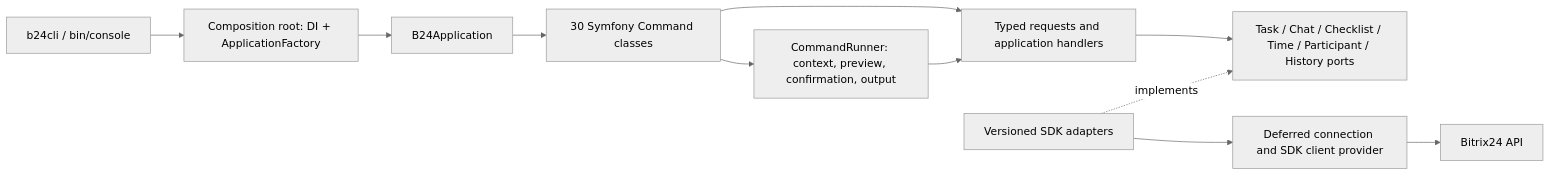
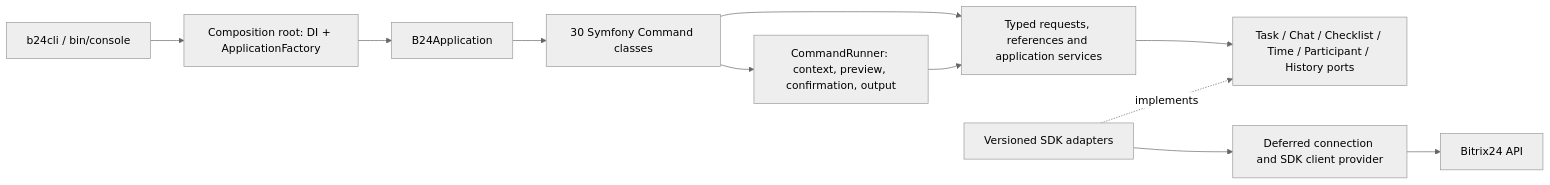
One commit to mesilov/bitrix24-cli changed the diagram in openspec/changes/design-task-console-architecture/design.md. Above: the diagram before and after it, drawn with Mermaid (neutral theme). The commit also changed other lines of this file and 89 other files, not shown here.

Commit message:
refactor: simplify task command architecture and test suites

````diff
--- a/openspec/changes/design-task-console-architecture/design.md
+++ b/openspec/changes/design-task-console-architecture/design.md
@@ -35,13 +35,13 @@
 ```mermaid
 flowchart LR
     Entry["b24cli / bin/console"] --> Factory["Composition root: DI + ApplicationFactory"]
     Factory --> App["B24Application"]
     App --> Command["30 Symfony Command classes"]
     Command --> Runner["CommandRunner: context, preview, confirmation, output"]
-    Command --> Handler["Typed requests and application handlers"]
+    Command --> Handler["Typed requests, references and application services"]
     Runner --> Handler
     Handler --> Port["Task / Chat / Checklist / Time / Participant / History ports"]
     Adapter["Versioned SDK adapters"] -. implements .-> Port
     Adapter --> Provider["Deferred connection and SDK client provider"]
     Provider --> API["Bitrix24 API"]
 ```
````
